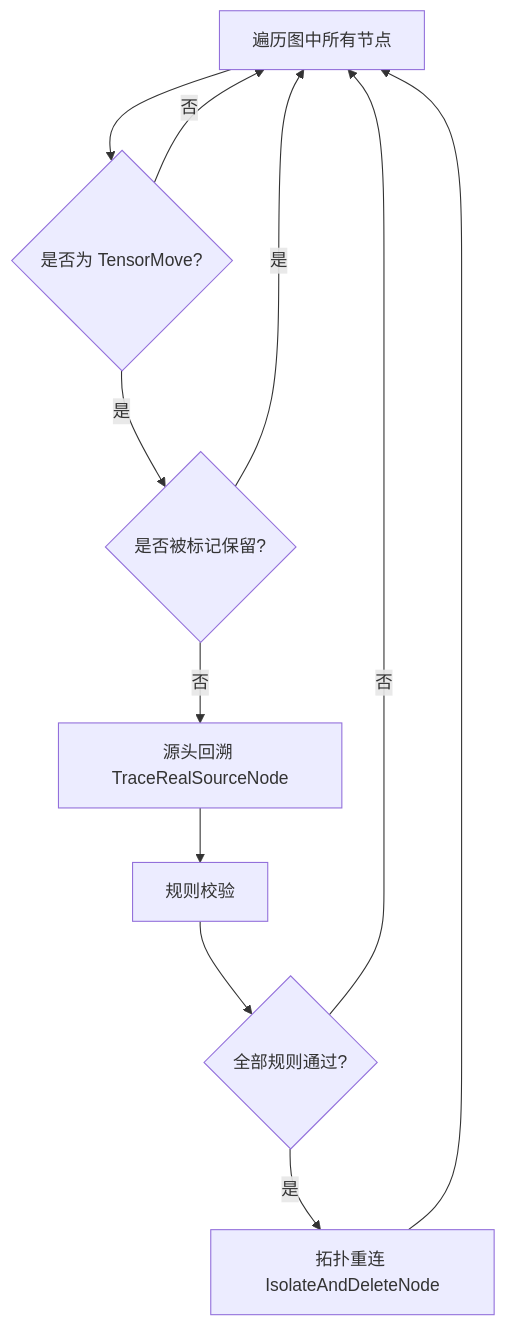
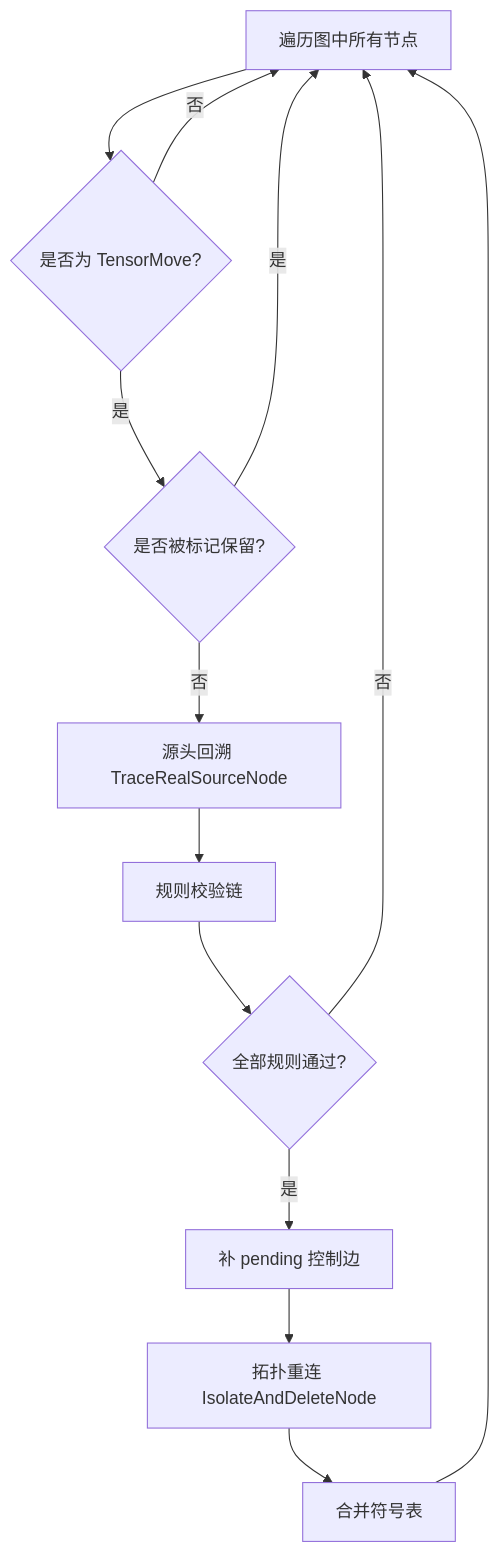
The first of 2 diagrams in docs/architecture/features/tensormove_delete.md (hicann/ge), drawn with Mermaid before and after one commit. The commit also changed other lines of this file and 12 other files, not shown here.

````diff
--- a/docs/architecture/features/tensormove_delete.md
+++ b/docs/architecture/features/tensormove_delete.md
@@ -92,13 +109,15 @@
 ```mermaid
 flowchart TD
     A[遍历图中所有节点] --> B{是否为 TensorMove?}
     B -- 否 --> A
     B -- 是 --> C{是否被标记保留?}
     C -- 是 --> A
     C -- 否 --> D[源头回溯 TraceRealSourceNode]
-    D --> E[规则校验]
+    D --> E[规则校验链]
     E --> F{全部规则通过?}
     F -- 否 --> A
-    F -- 是 --> G[拓扑重连 IsolateAndDeleteNode]
-    G --> A
+    F -- 是 --> G[补 pending 控制边]
+    G --> H[拓扑重连 IsolateAndDeleteNode]
+    H --> I[合并符号表]
+    I --> A
 ```
````
